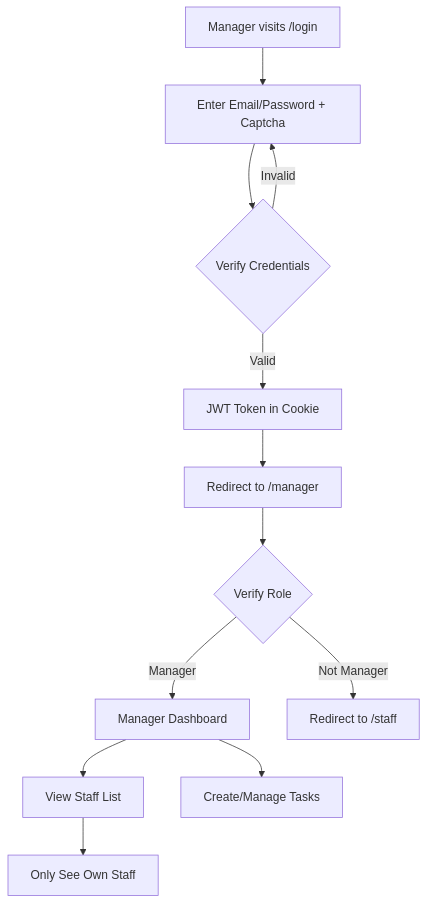
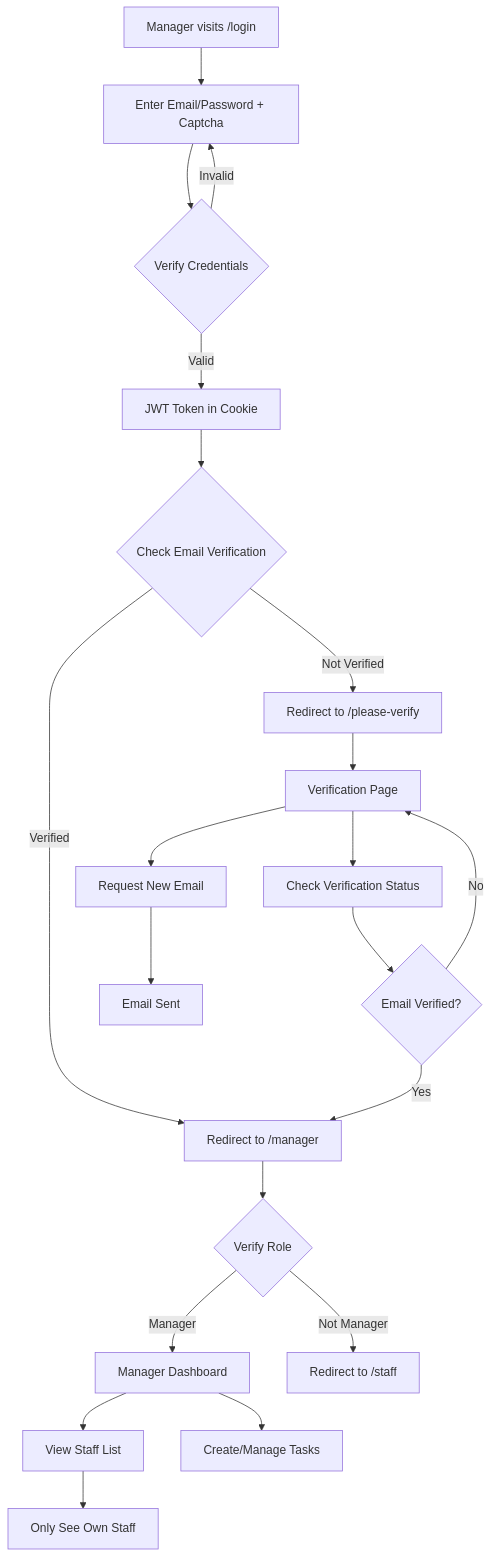
Before and after one commit to MuhWldns/task-management: the third of 5 diagrams in readme.md, drawn with Mermaid. The commit also changed other lines of this file, not shown here.

````diff
--- a/readme.md
+++ b/readme.md
@@ -289,14 +308,23 @@
 ```mermaid
 graph TD
     A[Manager visits /login] --> B[Enter Email/Password + Captcha]
     B --> C{Verify Credentials}
     C -->|Valid| D[JWT Token in Cookie]
     C -->|Invalid| B
-    D --> E[Redirect to /manager]
-    E --> F{Verify Role}
-    F -->|Manager| G[Manager Dashboard]
-    F -->|Not Manager| H[Redirect to /staff]
-    G --> I[View Staff List]
-    G --> J[Create/Manage Tasks]
-    I --> K[Only See Own Staff]
+    D --> E{Check Email Verification}
+    E -->|Verified| F[Redirect to /manager]
+    E -->|Not Verified| G[Redirect to /please-verify]
+    F --> H{Verify Role}
+    H -->|Manager| I[Manager Dashboard]
+    H -->|Not Manager| J[Redirect to /staff]
+    G --> K[Verification Page]
+    K --> L[Request New Email]
+    K --> M[Check Verification Status]
+    L --> N[Email Sent]
+    M --> O{Email Verified?}
+    O -->|Yes| F
+    O -->|No| K
+    I --> P[View Staff List]
+    I --> Q[Create/Manage Tasks]
+    P --> R[Only See Own Staff]
 ```
````
